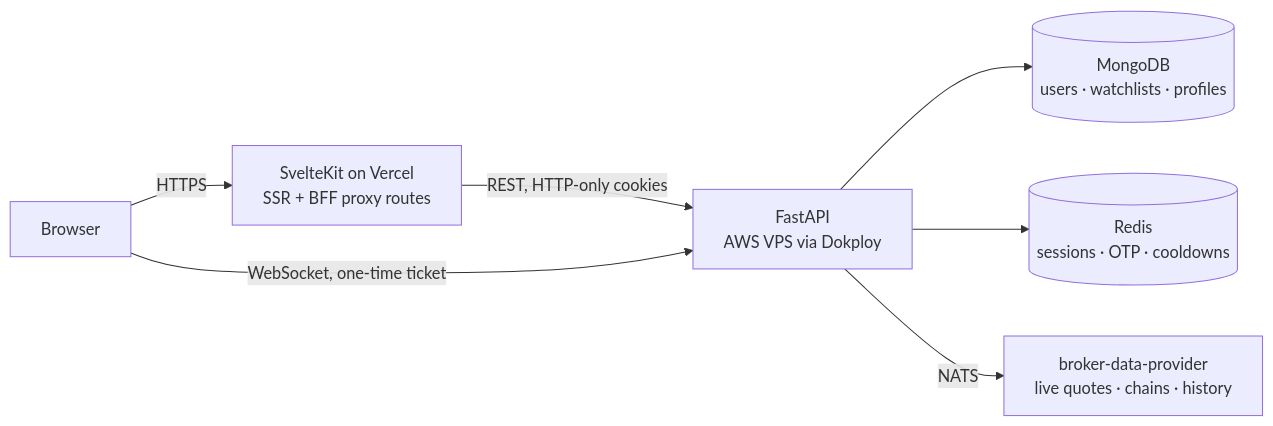
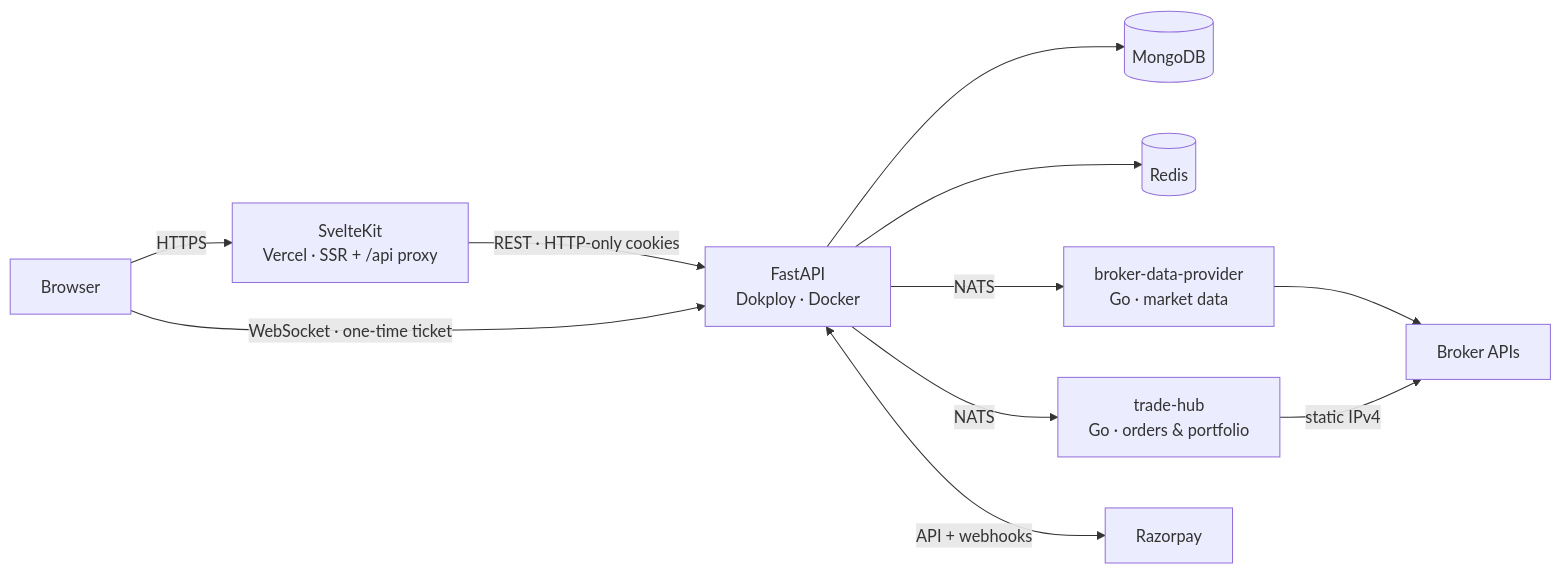
One commit to Deepak-GitHub1474/svakosh changed the diagram in README.md. Above: the diagram before and after it, drawn with Mermaid. The commit also changed other lines of this file and 2 other files, not shown here.

Commit message:
docs: rewrite READMEs around the end-to-end architecture

````diff
--- a/README.md
+++ b/README.md
@@ -91,9 +30,13 @@
 ```mermaid
 graph LR
-    B["Browser"] -->|"HTTPS"| V["SvelteKit on Vercel<br/>SSR + BFF proxy routes"]
-    V -->|"REST, HTTP-only cookies"| A["FastAPI<br/>AWS VPS via Dokploy"]
-    B -->|"WebSocket, one-time ticket"| A
-    A --> M[("MongoDB<br/>users · watchlists · profiles")]
-    A --> R[("Redis<br/>sessions · OTP · cooldowns")]
-    A -->|"NATS"| P["broker-data-provider<br/>live quotes · chains · history"]
+    B["Browser"] -->|"HTTPS"| FE["SvelteKit<br/>Vercel · SSR + /api proxy"]
+    FE -->|"REST · HTTP-only cookies"| API["FastAPI<br/>Dokploy · Docker"]
+    B -->|"WebSocket · one-time ticket"| API
+    API --> M[("MongoDB")]
+    API --> R[("Redis")]
+    API -->|"NATS"| BDP["broker-data-provider<br/>Go · market data"]
+    API -->|"NATS"| TH["trade-hub<br/>Go · orders & portfolio"]
+    BDP --> BRK["Broker APIs"]
+    TH -->|"static IPv4"| BRK
+    API <-->|"API + webhooks"| RZP["Razorpay"]
 ```
````
